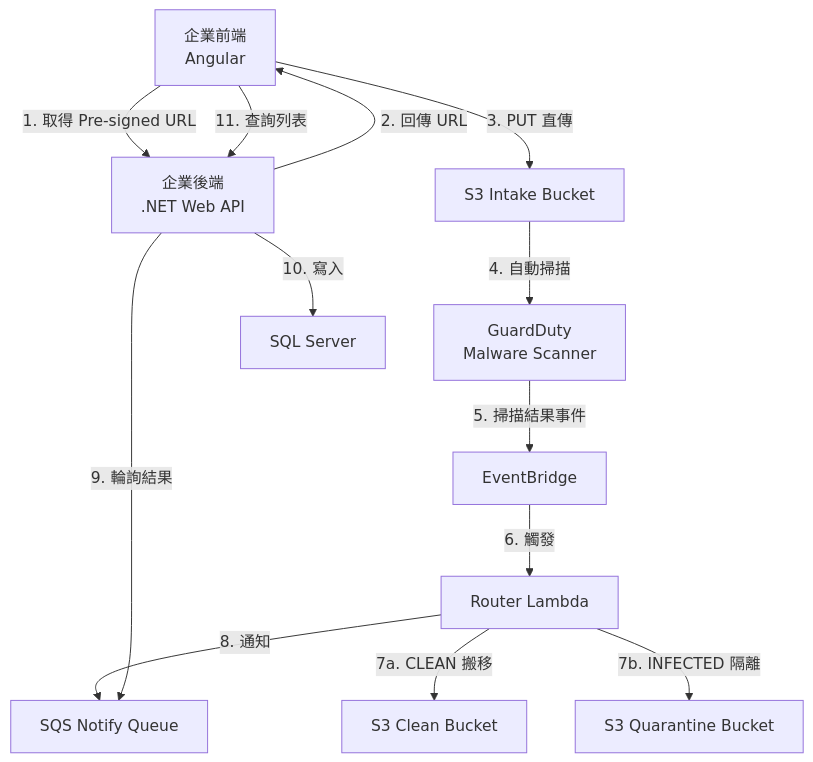
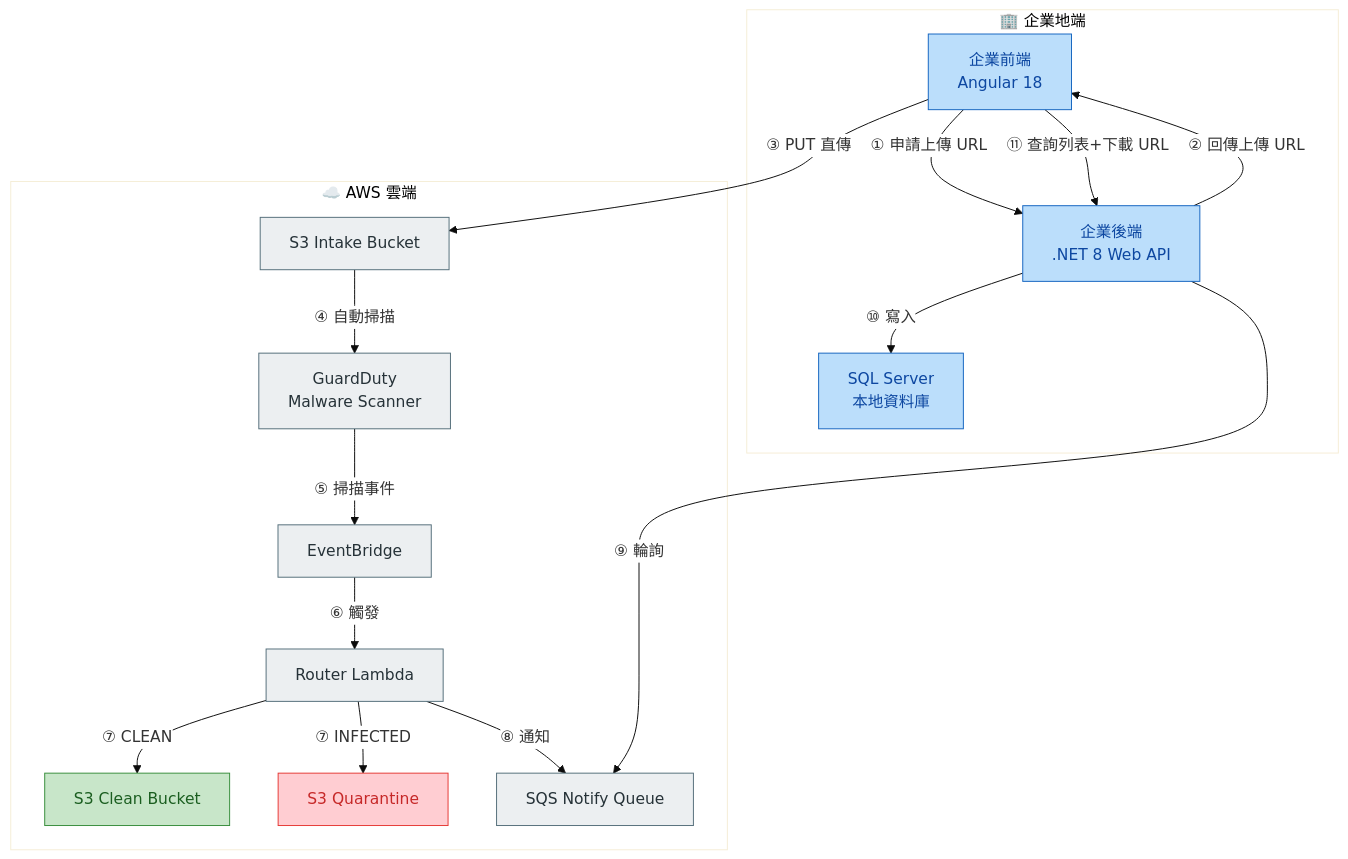
One commit to KatLantyss/ecv-aws-workshop changed the diagram in content/s3-malware-scanning-workshop/_index.md. Above: the diagram before and after it, drawn with Mermaid. The commit also changed other lines of this file and 25 other files, not shown here.

````diff
--- a/content/s3-malware-scanning-workshop/_index.md
+++ b/content/s3-malware-scanning-workshop/_index.md
@@ -27,15 +28,43 @@
 ```mermaid
+%%{init: {'theme': 'base', 'themeVariables': {'primaryColor': '#f0f4ff', 'edgeLabelBackground': '#ffffff'}}}%%
 graph TB
-    A[企業前端<br/>Angular] -->|1. 取得 Pre-signed URL| B[企業後端<br/>.NET Web API]
-    B -->|2. 回傳 URL| A
-    A -->|3. PUT 直傳| C[S3 Intake Bucket]
-    C -->|4. 自動掃描| D[GuardDuty<br/>Malware Scanner]
-    D -->|5. 掃描結果事件| E[EventBridge]
-    E -->|6. 觸發| F[Router Lambda]
-    F -->|7a. CLEAN 搬移| G[S3 Clean Bucket]
-    F -->|7b. INFECTED 隔離| H[S3 Quarantine Bucket]
-    F -->|8. 通知| I[SQS Notify Queue]
-    B -->|9. 輪詢結果| I
-    B -->|10. 寫入| J[SQL Server]
-    A -->|11. 查詢列表| B
+    subgraph ONPREM["🏢 企業地端"]
+        A["企業前端<br/>Angular 18"]
+        B["企業後端<br/>.NET 8 Web API"]
+        J["SQL Server<br/>本地資料庫"]
+    end
+
+    subgraph CLOUD["☁️ AWS 雲端"]
+        C["S3 Intake Bucket"]
+        D["GuardDuty<br/>Malware Scanner"]
+        E["EventBridge"]
+        F["Router Lambda"]
+        G["S3 Clean Bucket"]
+        H["S3 Quarantine"]
+        I["SQS Notify Queue"]
+    end
+
+    A -->|"① 申請上傳 URL"| B
+    B -->|"② 回傳上傳 URL"| A
+    A -->|"③ PUT 直傳"| C
+    C -->|"④ 自動掃描"| D
+    D -->|"⑤ 掃描事件"| E
+    E -->|"⑥ 觸發"| F
+    F -->|"⑦ CLEAN"| G
+    F -->|"⑦ INFECTED"| H
+    F -->|"⑧ 通知"| I
+    B -->|"⑨ 輪詢"| I
+    B -->|"⑩ 寫入"| J
+    A -->|"⑪ 查詢列表+下載 URL"| B
+
+    style A fill:#BBDEFB,stroke:#1565C0,color:#0D47A1
+    style B fill:#BBDEFB,stroke:#1565C0,color:#0D47A1
+    style J fill:#BBDEFB,stroke:#1565C0,color:#0D47A1
+    style C fill:#ECEFF1,stroke:#546E7A,color:#263238
+    style D fill:#ECEFF1,stroke:#546E7A,color:#263238
+    style E fill:#ECEFF1,stroke:#546E7A,color:#263238
+    style F fill:#ECEFF1,stroke:#546E7A,color:#263238
+    style G fill:#C8E6C9,stroke:#388E3C,color:#1B5E20
+    style H fill:#FFCDD2,stroke:#E53935,color:#C62828
+    style I fill:#ECEFF1,stroke:#546E7A,color:#263238
 ```
````
